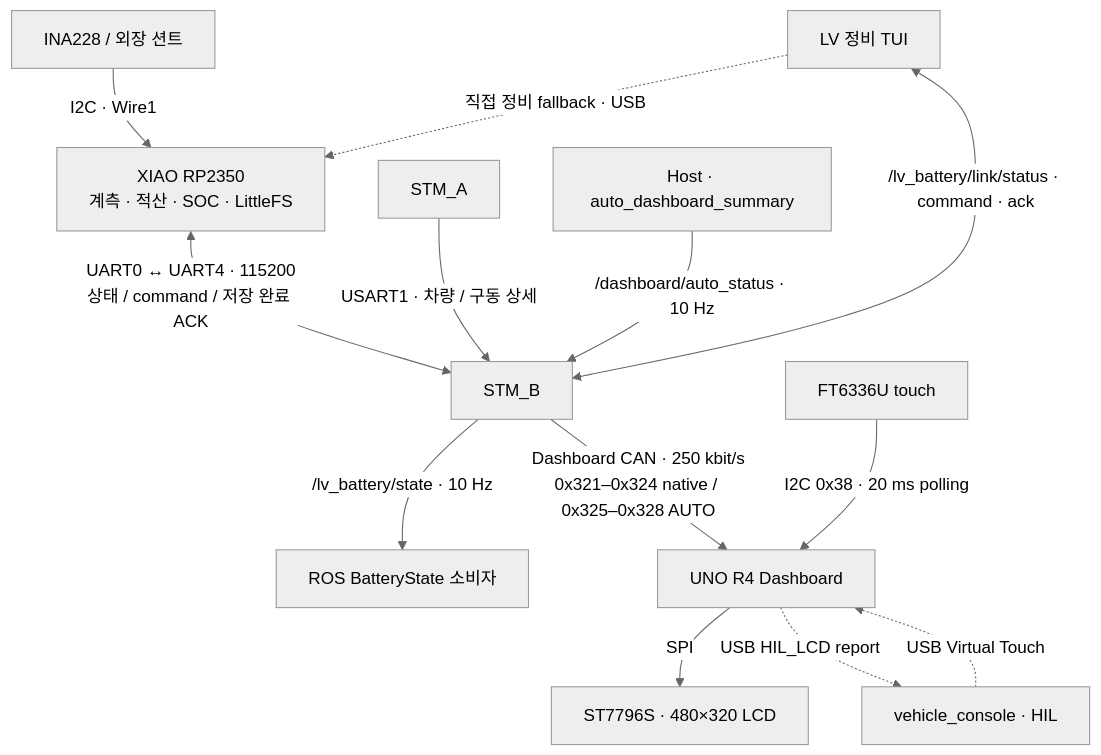
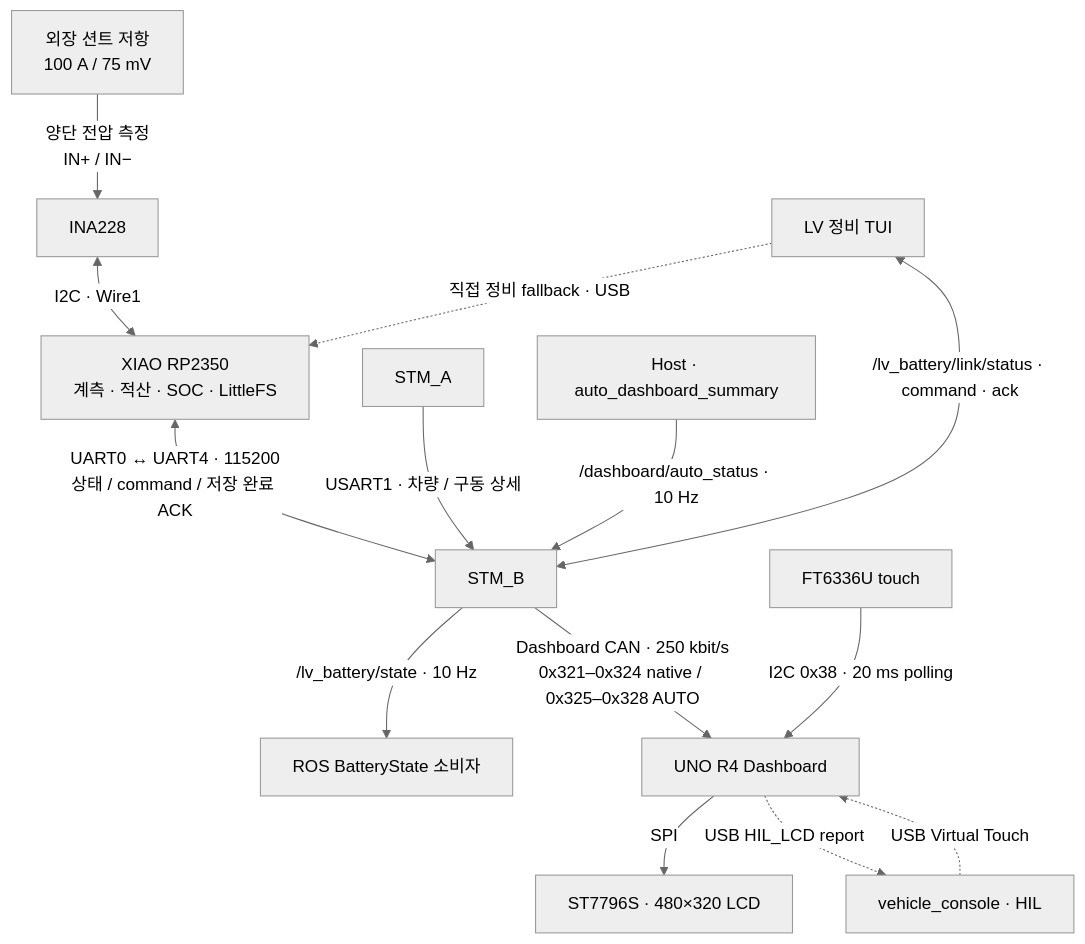
The third of 3 diagrams in docs/ARCHITECTURE.md (shinjuyeop/Control), drawn with Mermaid (neutral theme) before and after one commit. The commit also changed other lines of this file and 1 other file, not shown here.

Commit message:
docs: distinguish shunt sensing from INA228 I2C link

````diff
--- a/docs/ARCHITECTURE.md
+++ b/docs/ARCHITECTURE.md
@@ -322,15 +326,16 @@
 ```mermaid
 flowchart TB
-    INA["INA228 / 외장 션트"] -->|"I2C · Wire1"| RP["XIAO RP2350<br/>계측 · 적산 · SOC · LittleFS"]
+    Shunt["외장 션트 저항<br/>100 A / 75 mV"] -->|"양단 전압 측정<br/>IN+ / IN−"| INA["INA228"]
+    INA <-->|"I2C · Wire1"| RP["XIAO RP2350<br/>계측 · 적산 · SOC · LittleFS"]
     RP <-->|"UART0 ↔ UART4 · 115200<br/>상태 / command / 저장 완료 ACK"| B["STM_B"]
     A["STM_A"] -->|"USART1 · 차량 / 구동 상세"| B
     Summary["Host · auto_dashboard_summary"] -->|"/dashboard/auto_status · 10 Hz"| B
     B -->|"/lv_battery/state · 10 Hz"| ROS["ROS BatteryState 소비자"]
     TUI["LV 정비 TUI"] <-->|"/lv_battery/link/status · command · ack"| B
     TUI -.->|"직접 정비 fallback · USB"| RP
     B -->|"Dashboard CAN · 250 kbit/s<br/>0x321–0x324 native / 0x325–0x328 AUTO"| UNO["UNO R4 Dashboard"]
     UNO -->|"SPI"| LCD["ST7796S · 480×320 LCD"]
     Touch["FT6336U touch"] -->|"I2C 0x38 · 20 ms polling"| UNO
     HIL["vehicle_console · HIL"] -.->|"USB Virtual Touch"| UNO
     UNO -.->|"USB HIL_LCD report"| HIL
 ```
````
